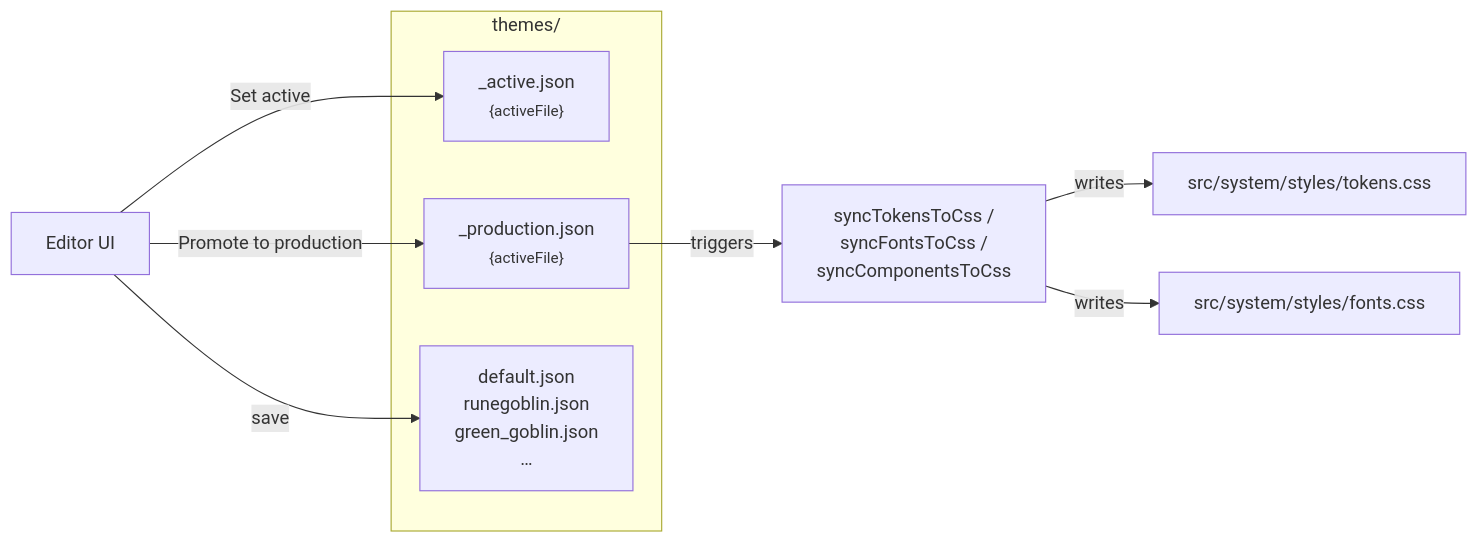
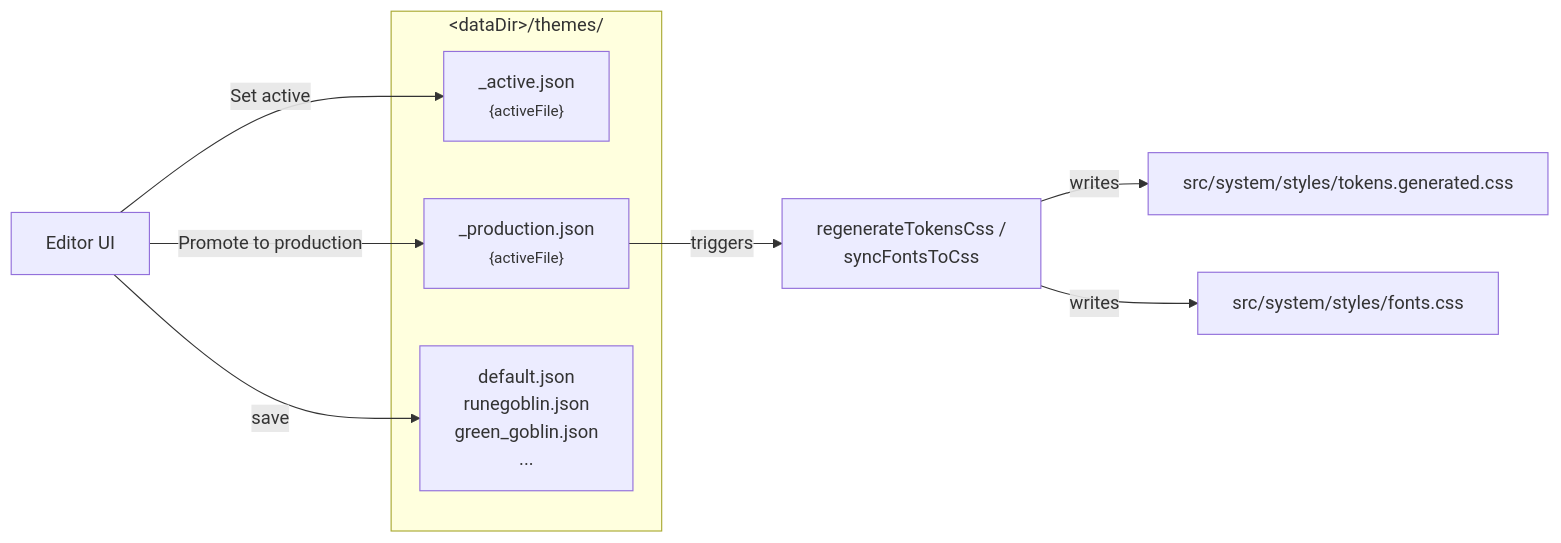
One commit to motionproto/live-tokens changed the second of 4 diagrams in docs/04-tokens-and-themes.md. Above: the diagram before and after it, drawn with Mermaid. The commit also changed other lines of this file and 30 other files, not shown here.

````diff
--- a/docs/04-tokens-and-themes.md
+++ b/docs/04-tokens-and-themes.md
@@ -173,15 +180,15 @@
 ```mermaid
 flowchart LR
-    subgraph Themes["themes/"]
+    subgraph Themes["&lt;dataDir&gt;/themes/"]
         Active["_active.json<br/><small>{activeFile}</small>"]
         Prod["_production.json<br/><small>{activeFile}</small>"]
-        Files["default.json<br/>runegoblin.json<br/>green_goblin.json<br/>…"]
+        Files["default.json<br/>runegoblin.json<br/>green_goblin.json<br/>..."]
     end
 
     Editor[Editor UI] -- save --> Files
     Editor -- "Set active" --> Active
     Editor -- "Promote to production" --> Prod
-    Prod -- triggers --> SyncCss["syncTokensToCss /<br/>syncFontsToCss /<br/>syncComponentsToCss"]
-    SyncCss -- writes --> TokensCss[src/system/styles/tokens.css]
+    Prod -- triggers --> SyncCss["regenerateTokensCss /<br/>syncFontsToCss"]
+    SyncCss -- writes --> TokensCss[src/system/styles/tokens.generated.css]
     SyncCss -- writes --> FontsCss[src/system/styles/fonts.css]
 ```
````
